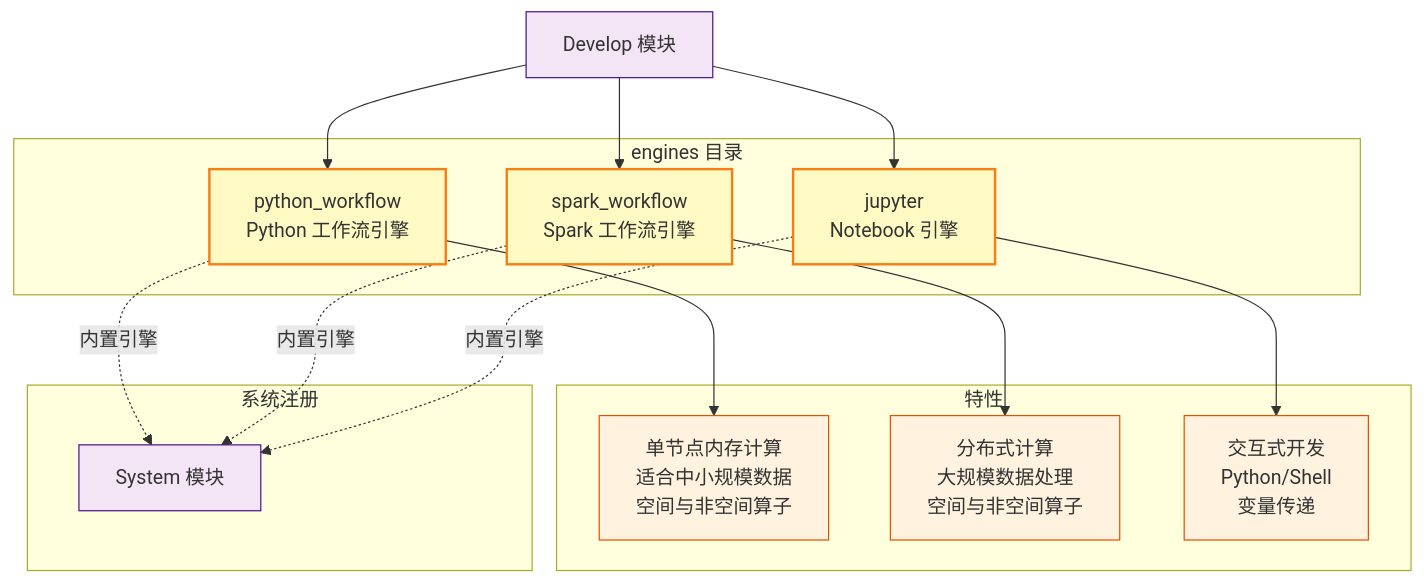
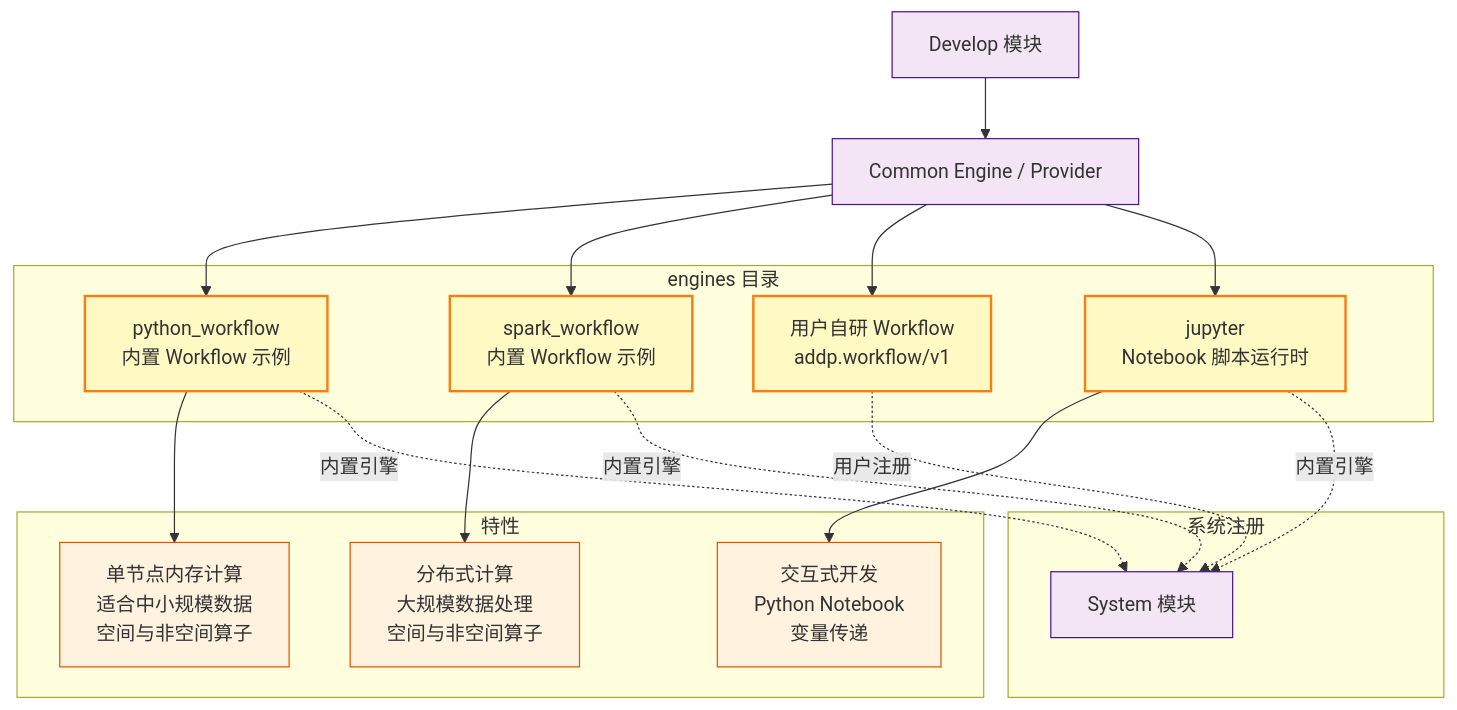
One commit to pampa0629/addp changed the ninth of 12 diagrams in docs/concepts/addp模块架构图.md. Above: the diagram before and after it, drawn with Mermaid. The commit also changed other lines of this file and 536 other files, not shown here.

````diff
--- a/docs/concepts/addp模块架构图.md
+++ b/docs/concepts/addp模块架构图.md
@@ -617,32 +621,36 @@
 ```mermaid
 graph TB
     subgraph "engines 目录"
-        PyWorkflow[python_workflow<br/>Python 工作流引擎]
-        SparkWorkflow[spark_workflow<br/>Spark 工作流引擎]
-        Jupyter[jupyter<br/>Notebook 引擎]
+        PyWorkflow[python_workflow<br/>内置 Workflow 示例]
+        SparkWorkflow[spark_workflow<br/>内置 Workflow 示例]
+        CustomWorkflow[用户自研 Workflow<br/>addp.workflow/v1]
+        Jupyter[jupyter<br/>Notebook 脚本运行时]
     end
 
     subgraph "特性"
         PyWorkflow --> PyFeature[单节点内存计算<br/>适合中小规模数据<br/>空间与非空间算子]
         SparkWorkflow --> SparkFeature[分布式计算<br/>大规模数据处理<br/>空间与非空间算子]
-        Jupyter --> JupyterFeature[交互式开发<br/>Python/Shell<br/>变量传递]
+        Jupyter --> JupyterFeature[交互式开发<br/>Python Notebook<br/>变量传递]
     end
 
     subgraph "系统注册"
         PyWorkflow -.内置引擎.-> System[System 模块]
         SparkWorkflow -.内置引擎.-> System
         Jupyter -.内置引擎.-> System
+        CustomWorkflow -.用户注册.-> System
     end
 
-    Develop[Develop 模块] --> PyWorkflow
-    Develop --> SparkWorkflow
-    Develop --> Jupyter
+    Develop[Develop 模块] --> Provider[Common Engine / Provider]
+    Provider --> PyWorkflow
+    Provider --> SparkWorkflow
+    Provider --> CustomWorkflow
+    Provider --> Jupyter
 
     classDef engine fill:#fff9c4,stroke:#f57f17,stroke-width:2px
     classDef feature fill:#fff3e0,stroke:#e65100
     classDef module fill:#f3e5f5,stroke:#4a148c
 
-    class PyWorkflow,SparkWorkflow,Jupyter engine
+    class PyWorkflow,SparkWorkflow,CustomWorkflow,Jupyter engine
     class PyFeature,SparkFeature,JupyterFeature feature
-    class Develop,System module
+    class Develop,System,Provider module
 ```
````
